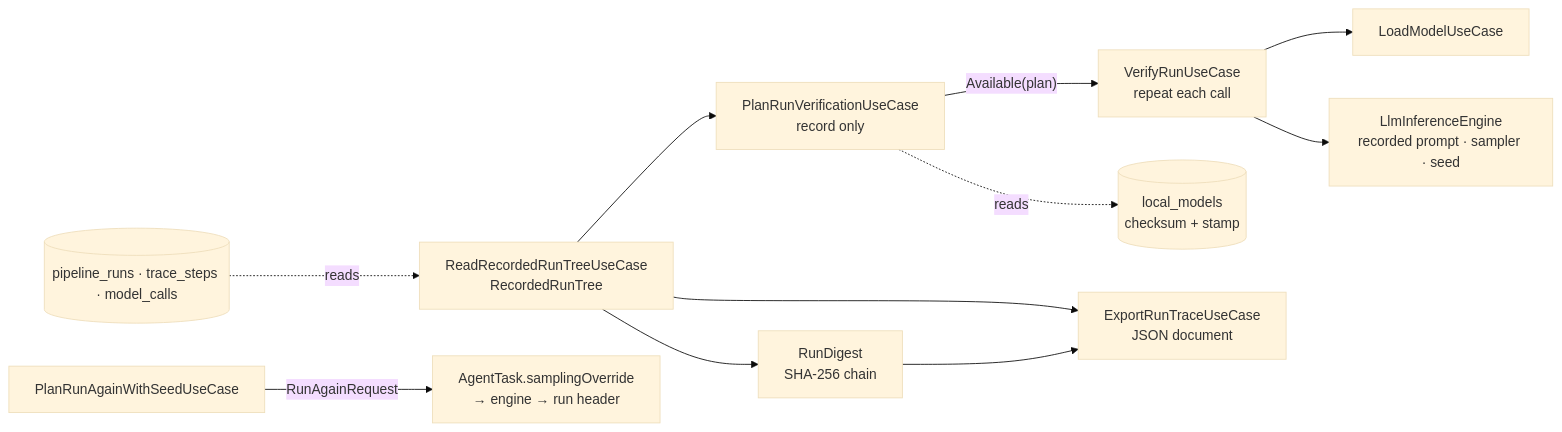
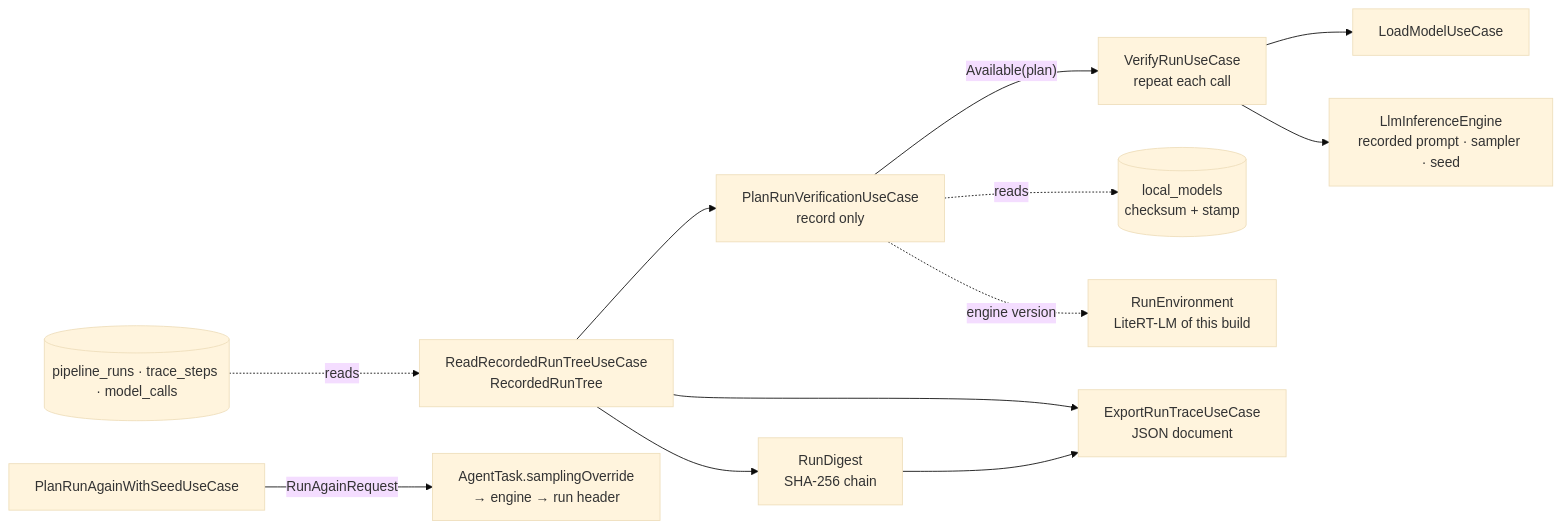
One commit to alexeyw/knotwork changed the sixth of 10 diagrams in docs/architecture.md. Above: the diagram before and after it, drawn with Mermaid (base theme). The commit also changed other lines of this file and 37 other files, not shown here.

First line of the commit message:
fix(verify): refuse a run recorded on another LiteRT-LM version

````diff
--- a/docs/architecture.md
+++ b/docs/architecture.md
@@ -941,13 +941,14 @@
 ```mermaid
 flowchart LR
     Record[("pipeline_runs · trace_steps · model_calls")] -. reads .-> Tree["ReadRecordedRunTreeUseCase<br/>RecordedRunTree"]
     Tree --> Plan["PlanRunVerificationUseCase<br/>record only"]
     Plan -- "Available(plan)" --> Verify["VerifyRunUseCase<br/>repeat each call"]
     Plan -. reads .-> Registry[("local_models<br/>checksum + stamp")]
+    Plan -. "engine version" .-> Env["RunEnvironment<br/>LiteRT-LM of this build"]
     Verify --> Load["LoadModelUseCase"]
     Verify --> Engine["LlmInferenceEngine<br/>recorded prompt · sampler · seed"]
     Tree --> Digest["RunDigest<br/>SHA-256 chain"]
     Tree --> Export["ExportRunTraceUseCase<br/>JSON document"]
     Digest --> Export
     Again["PlanRunAgainWithSeedUseCase"] -- "RunAgainRequest" --> Queue["AgentTask.samplingOverride<br/>→ engine → run header"]
 ```
````
